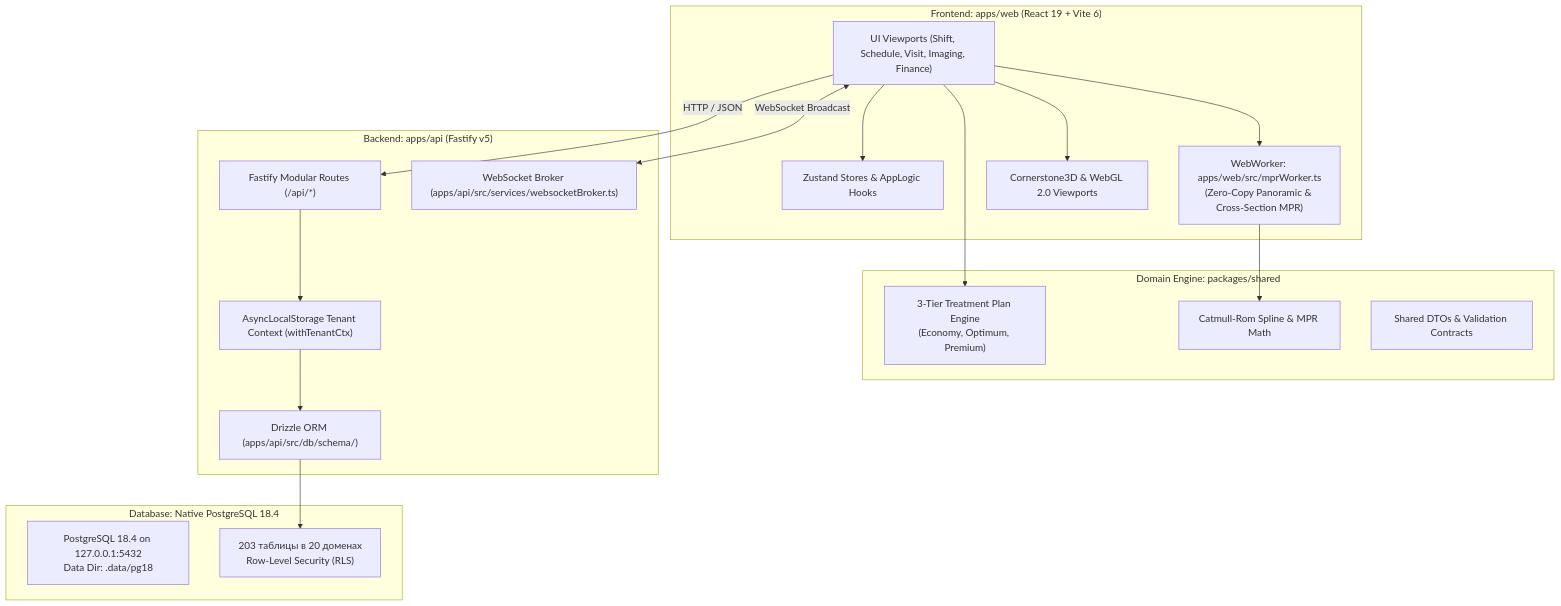
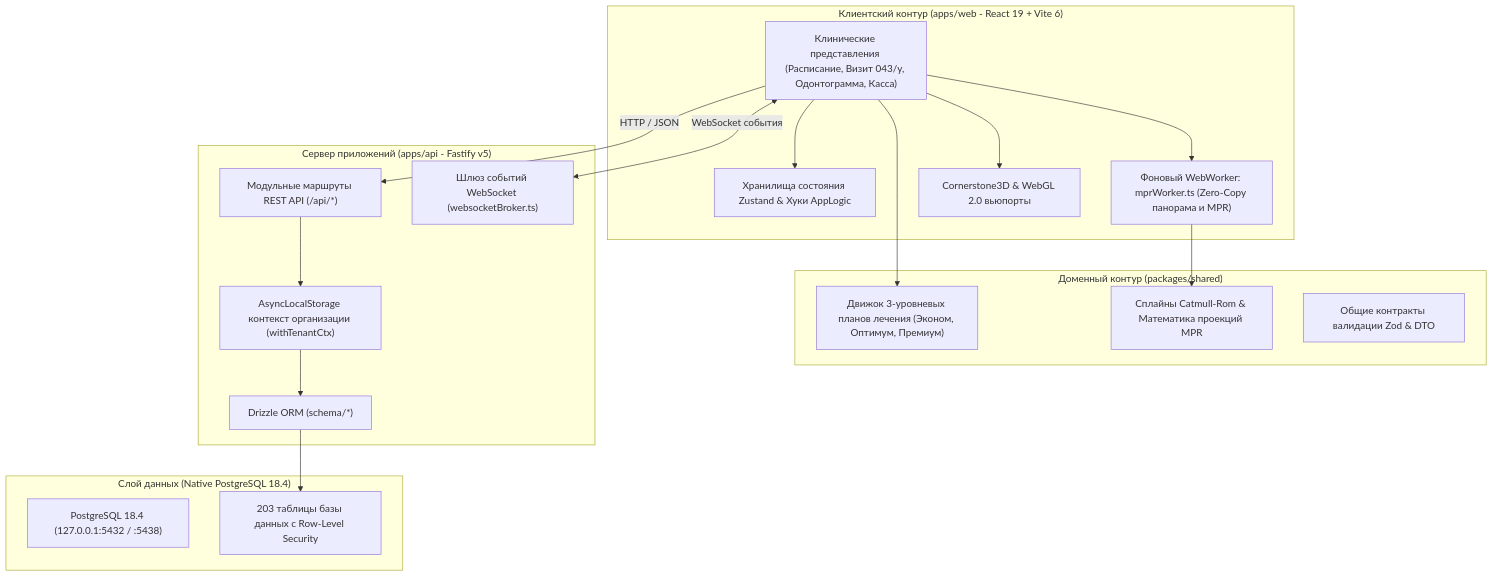
The first of 3 diagrams in docs/ARCHITECTURE.md (marko1olo/dental-crm), drawn with Mermaid before and after one commit. The commit also changed other lines of this file and 5 other files, not shown here.

Commit message:
docs: update system documentation, architecture manifesto, deployment and cli references

````diff
--- a/docs/ARCHITECTURE.md
+++ b/docs/ARCHITECTURE.md
@@ -23,38 +17,38 @@
 ```mermaid
 graph TD
-    subgraph Client["Frontend: apps/web (React 19 + Vite 6)"]
-        UI["UI Viewports (Shift, Schedule, Visit, Imaging, Finance)"]
-        Zustand["Zustand Stores & AppLogic Hooks"]
-        Worker["WebWorker: apps/web/src/mprWorker.ts<br/>(Zero-Copy Panoramic & Cross-Section MPR)"]
-        Cornerstone["Cornerstone3D & WebGL 2.0 Viewports"]
+    subgraph Frontend_Client ["Клиентский контур (apps/web - React 19 + Vite 6)"]
+        UI["Клинические представления (Расписание, Визит 043/у, Одонтограмма, Касса)"]
+        Zustand["Хранилища состояния Zustand & Хуки AppLogic"]
+        Worker["Фоновый WebWorker: mprWorker.ts (Zero-Copy панорама и MPR)"]
+        Cornerstone["Cornerstone3D & WebGL 2.0 вьюпорты"]
     end
 
-    subgraph Shared["Domain Engine: packages/shared"]
-        PlanEngine["3-Tier Treatment Plan Engine<br/>(Economy, Optimum, Premium)"]
-        MprMath["Catmull-Rom Spline & MPR Math"]
-        ZodSchemas["Shared DTOs & Validation Contracts"]
+    subgraph Shared_Domain ["Доменный контур (packages/shared)"]
+        PlanEngine["Движок 3-уровневых планов лечения (Эконом, Оптимум, Премиум)"]
+        MprMath["Сплайны Catmull-Rom & Математика проекций MPR"]
+        ZodSchemas["Общие контракты валидации Zod & DTO"]
     end
 
-    subgraph Server["Backend: apps/api (Fastify v5)"]
-        API["Fastify Modular Routes (/api/*)"]
-        WS["WebSocket Broker (apps/api/src/services/websocketBroker.ts)"]
-        RLS["AsyncLocalStorage Tenant Context (withTenantCtx)"]
-        Drizzle["Drizzle ORM (apps/api/src/db/schema/)"]
+    subgraph Backend_Server ["Сервер приложений (apps/api - Fastify v5)"]
+        API["Модульные маршруты REST API (/api/*)"]
+        WS["Шлюз событий WebSocket (websocketBroker.ts)"]
+        RLS["AsyncLocalStorage контекст организации (withTenantCtx)"]
+        Drizzle["Drizzle ORM (schema/*)"]
     end
 
-    subgraph Storage["Database: Native PostgreSQL 18.4"]
-        PG["PostgreSQL 18.4 on 127.0.0.1:5432<br/>Data Dir: .data/pg18"]
-        Tables["203 таблицы в 20 доменах<br/>Row-Level Security (RLS)"]
+    subgraph Storage_Layer ["Слой данных (Native PostgreSQL 18.4)"]
+        PG["PostgreSQL 18.4 (127.0.0.1:5432 / :5438)"]
+        Tables["203 таблицы базы данных с Row-Level Security"]
     end
 
     UI --> Zustand
     UI --> Worker
     UI --> Cornerstone
     Worker --> MprMath
     UI --> PlanEngine
     UI -->|HTTP / JSON| API
-    UI <-->|WebSocket Broadcast| WS
+    UI <-->|WebSocket события| WS
     API --> RLS
     RLS --> Drizzle
     Drizzle --> Tables
 ```
````
